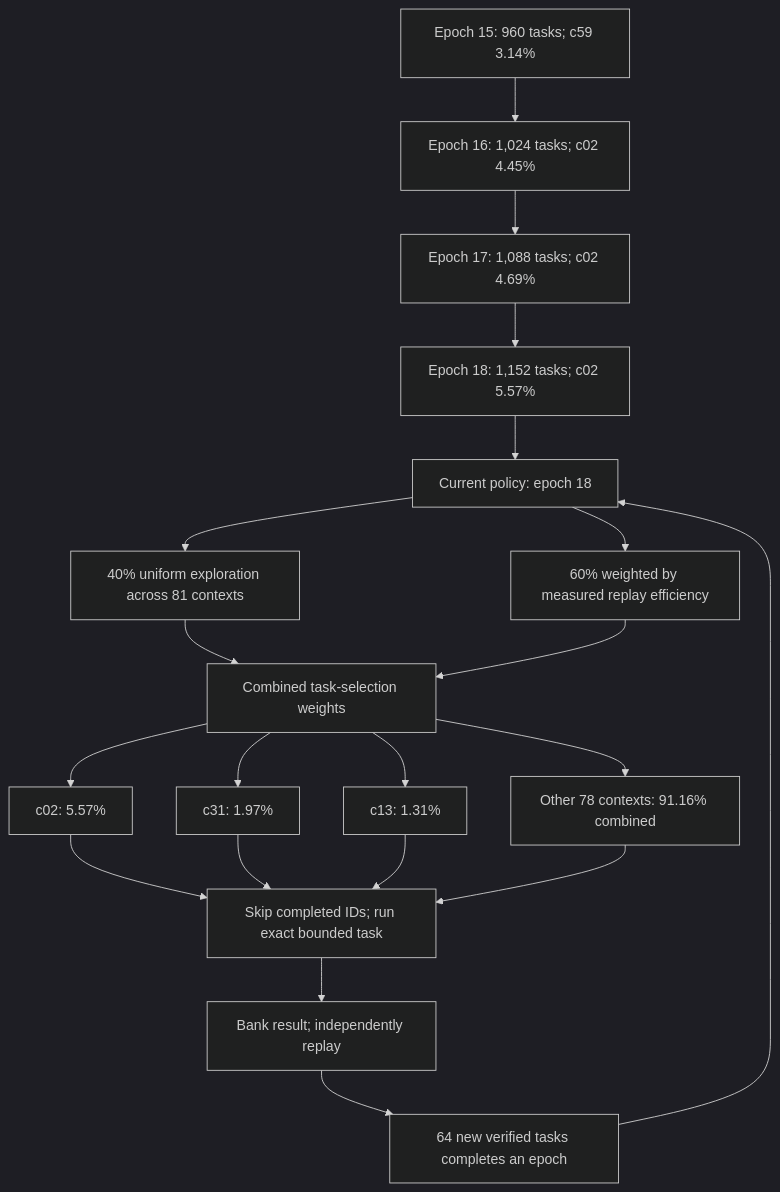
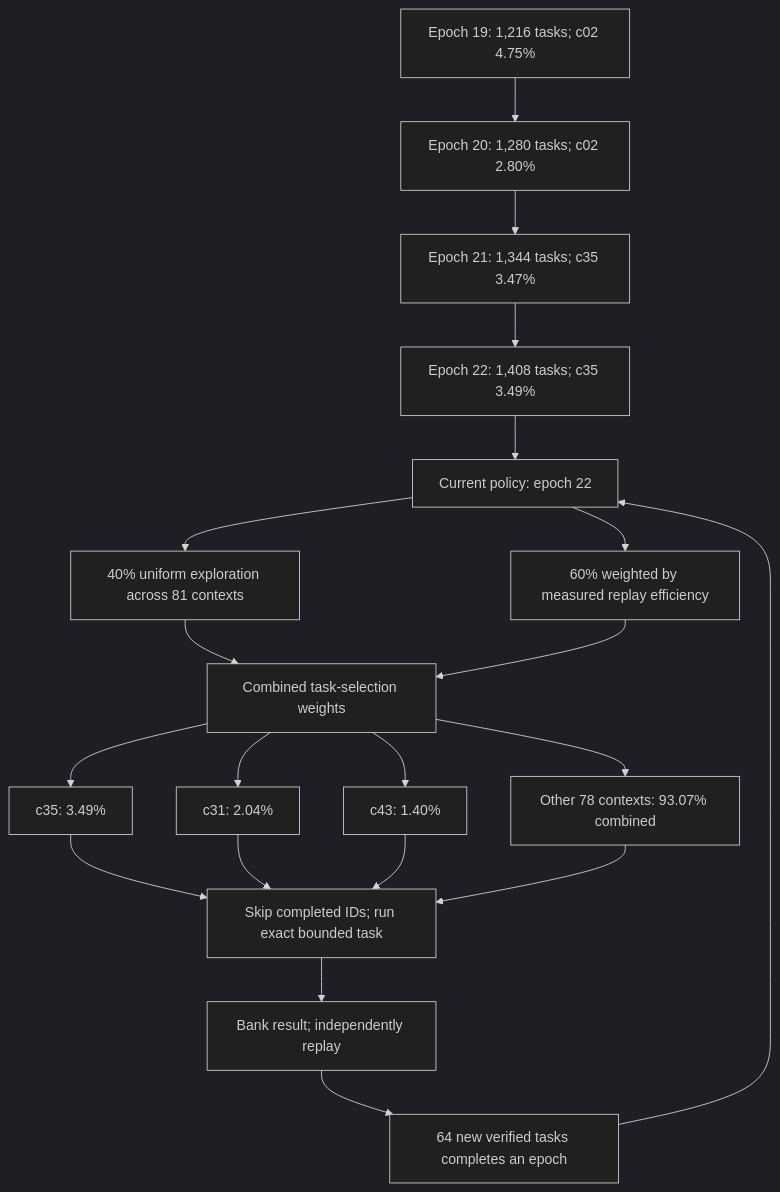
Before and after one commit to Kuberwastaken/math-gambling: the diagram in README.md, drawn with Mermaid (dark theme). The commit also changed other lines of this file and 595 other files, not shown here.

````diff
--- a/README.md
+++ b/README.md
@@ -48,27 +48,27 @@
 ```mermaid
 flowchart TD
-    H0["Epoch 15: 960 tasks; c59 3.14%"]
-    H1["Epoch 16: 1,024 tasks; c02 4.45%"]
+    H0["Epoch 19: 1,216 tasks; c02 4.75%"]
+    H1["Epoch 20: 1,280 tasks; c02 2.80%"]
     H0 --> H1
-    H2["Epoch 17: 1,088 tasks; c02 4.69%"]
+    H2["Epoch 21: 1,344 tasks; c35 3.47%"]
     H1 --> H2
-    H3["Epoch 18: 1,152 tasks; c02 5.57%"]
+    H3["Epoch 22: 1,408 tasks; c35 3.49%"]
     H2 --> H3
-    Policy["Current policy: epoch 18"]
+    Policy["Current policy: epoch 22"]
     H3 --> Policy
     Policy --> Explore["40% uniform exploration across 81 contexts"]
     Policy --> Cost["60% weighted by measured replay efficiency"]
     Explore --> Mix["Combined task-selection weights"]
     Cost --> Mix
-    Mix --> C0["c02: 5.57%"]
-    Mix --> C1["c31: 1.97%"]
-    Mix --> C2["c13: 1.31%"]
-    Mix --> Rest["Other 78 contexts: 91.16% combined"]
+    Mix --> C0["c35: 3.49%"]
+    Mix --> C1["c31: 2.04%"]
+    Mix --> C2["c43: 1.40%"]
+    Mix --> Rest["Other 78 contexts: 93.07% combined"]
     C0 --> Check["Skip completed IDs; run exact bounded task"]
     C1 --> Check
     C2 --> Check
     Rest --> Check
     Check --> Replay["Bank result; independently replay"]
     Replay --> Gate["64 new verified tasks completes an epoch"]
     Gate --> Policy
 ```
````
